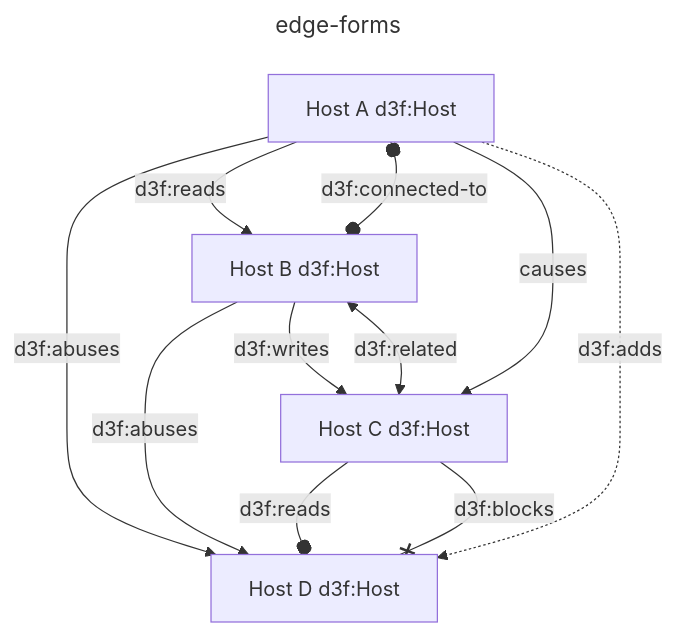
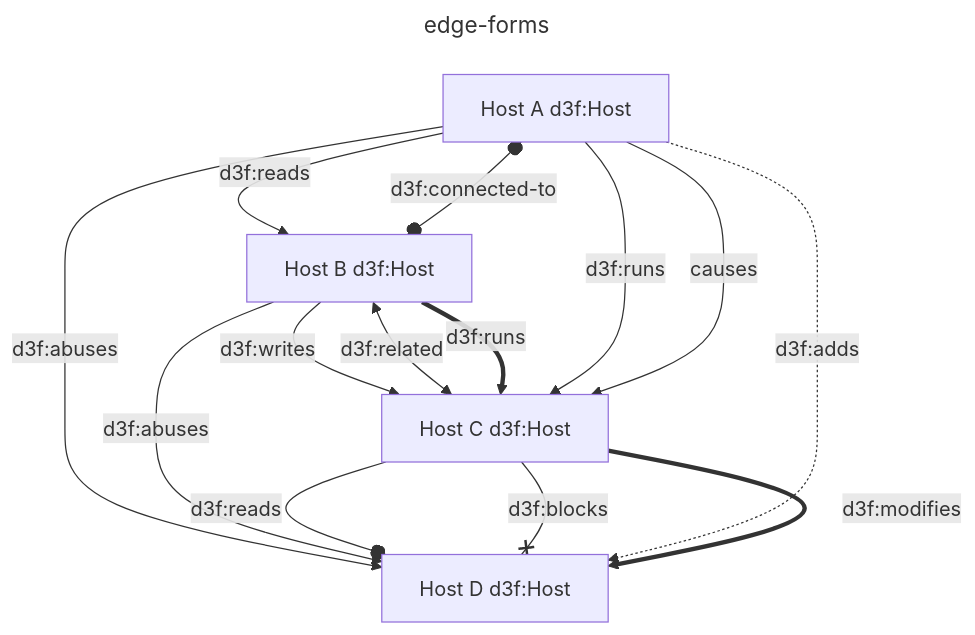
One commit to ioggstream/d3sign changed diagram 13 of 15 in app/src/data/examples/testcases.md. Above: the diagram before and after it, drawn with Mermaid. The commit also changed other lines of this file and 11 other files, not shown here.

Commit message:
distinguish read/write flows.

````diff
--- a/app/src/data/examples/testcases.md
+++ b/app/src/data/examples/testcases.md
@@ -442,40 +442,46 @@
 ```mermaid
 ---
 id: edge-forms
 title: edge-forms
 ---
 graph
 
 a[Host A d3f:Host]
 b[Host B d3f:Host]
 c[Host C d3f:Host]
 d[Host D d3f:Host]
 
 %% WHEN arrows are chained on one line
 %% THEN each arrow is an edge of its own
 a -->|d3f:reads| b -->|d3f:writes| c
 
 %% WHEN endpoints are joined with &
 %% THEN every source pairs with every target
 a & b -->|d3f:abuses| d
 
 %% WHEN the arrow head is a circle or a cross
 %% THEN the head is style, the triple is the same
 c --o|d3f:reads| d
 c --x|d3f:blocks| d
 
 %% WHEN both ends carry a head
 %% THEN the triple is emitted in both directions
 b <-->|d3f:related| c
 a o--o|d3f:connected-to| b
 
 %% WHEN the arrow is dotted
 %% THEN the style is dropped, the triple is not
 a -.->|d3f:adds| d
 
+%% WHEN the arrow is thick, alone or chained after a thin one
+%% THEN thickness is style, and each arrow is still an edge of its own
+%% (a thick arrow used to leave the whole tail as one bogus node id, silently)
+b ==>|d3f:runs| c
+a -->|d3f:runs| c ==>|d3f:modifies| d
+
 %% WHEN the label has no vocabulary prefix
 %% THEN nothing is emitted and the banner names the label
 %% (it used to be expanded to d3f:causes, which cannot tell a shorthand for a real
 %%  property from prose — mta.md's |a| became the nonexistent d3f:a the same way)
 a -->|causes| c
 ```
````
